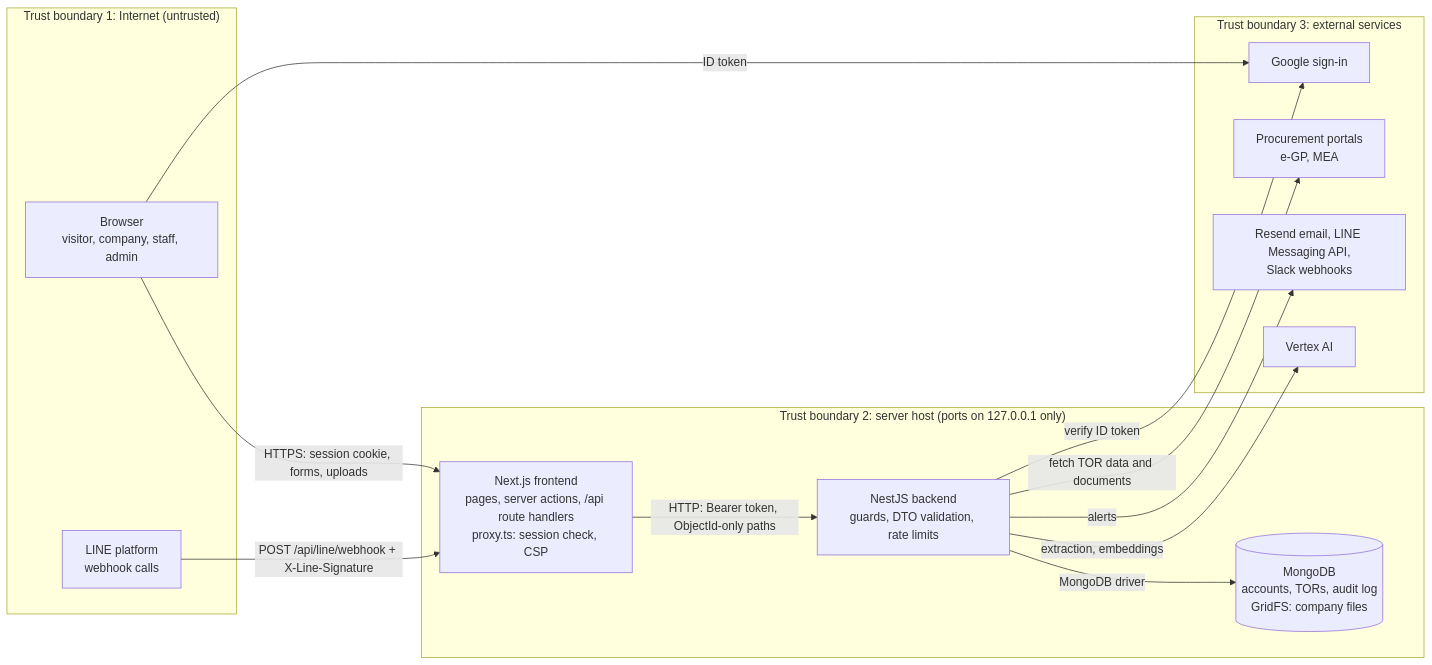
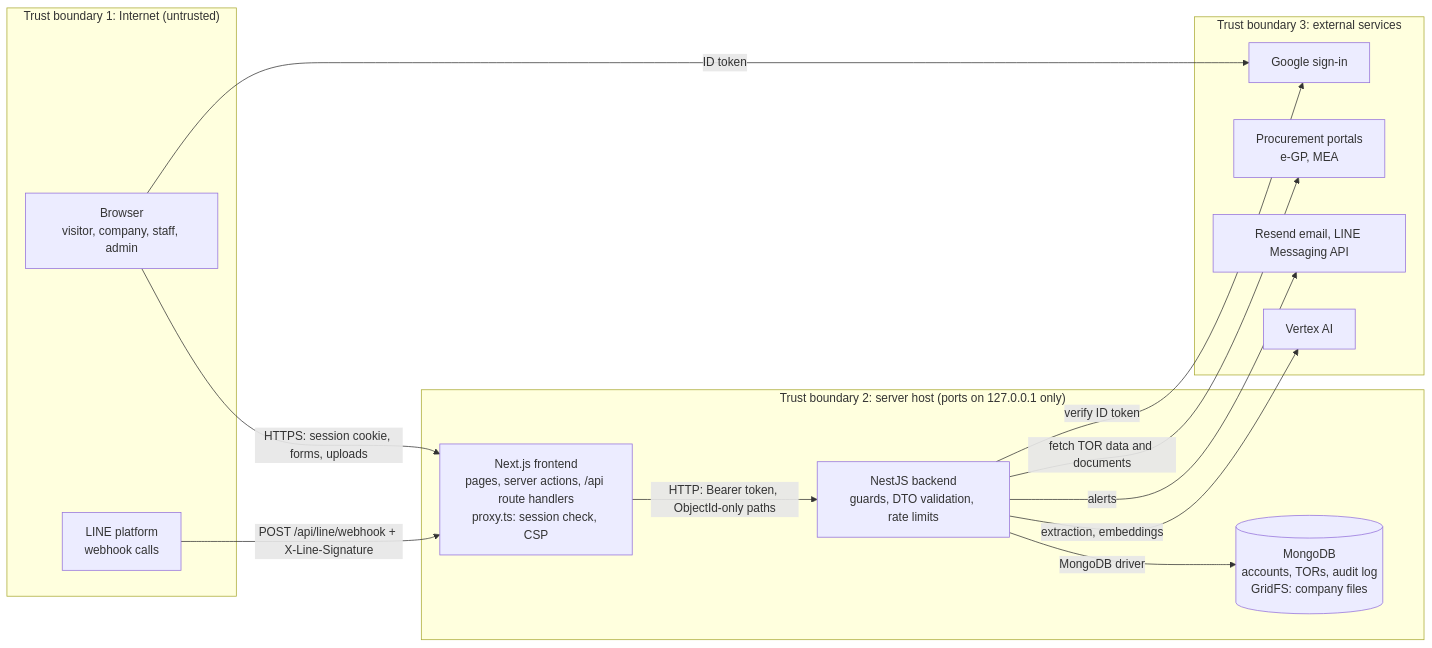
Before and after one commit to PhomMaiWai/TorFinder: the diagram in docs/security/threat-model.md, drawn with Mermaid. The commit also changed other lines of this file and 29 other files, not shown here.

````diff
--- a/docs/security/threat-model.md
+++ b/docs/security/threat-model.md
@@ -59,30 +59,30 @@
 ```mermaid
 flowchart LR
   subgraph internet["Trust boundary 1: Internet (untrusted)"]
     browser["Browser<br/>visitor, company, staff, admin"]
     linePlatform["LINE platform<br/>webhook calls"]
   end
 
   subgraph host["Trust boundary 2: server host (ports on 127.0.0.1 only)"]
     frontend["Next.js frontend<br/>pages, server actions, /api route handlers<br/>proxy.ts: session check, CSP"]
     backend["NestJS backend<br/>guards, DTO validation, rate limits"]
     mongo[("MongoDB<br/>accounts, TORs, audit log<br/>GridFS: company files")]
   end
 
   subgraph external["Trust boundary 3: external services"]
     google["Google sign-in"]
     portals["Procurement portals<br/>e-GP, MEA"]
-    notify["Resend email, LINE Messaging API,<br/>Slack webhooks"]
+    notify["Resend email, LINE Messaging API"]
     vertex["Vertex AI"]
   end
 
   browser -- "HTTPS: session cookie, forms, uploads" --> frontend
   linePlatform -- "POST /api/line/webhook + X-Line-Signature" --> frontend
   frontend -- "HTTP: Bearer token, ObjectId-only paths" --> backend
   backend -- "MongoDB driver" --> mongo
   browser -- "ID token" --> google
   backend -- "verify ID token" --> google
   backend -- "fetch TOR data and documents" --> portals
   backend -- "alerts" --> notify
   backend -- "extraction, embeddings" --> vertex
 ```
````
